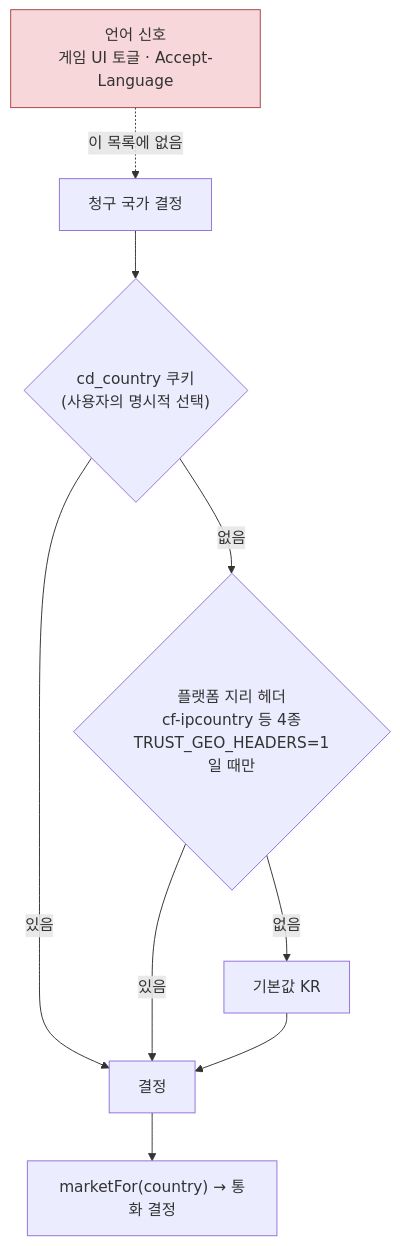
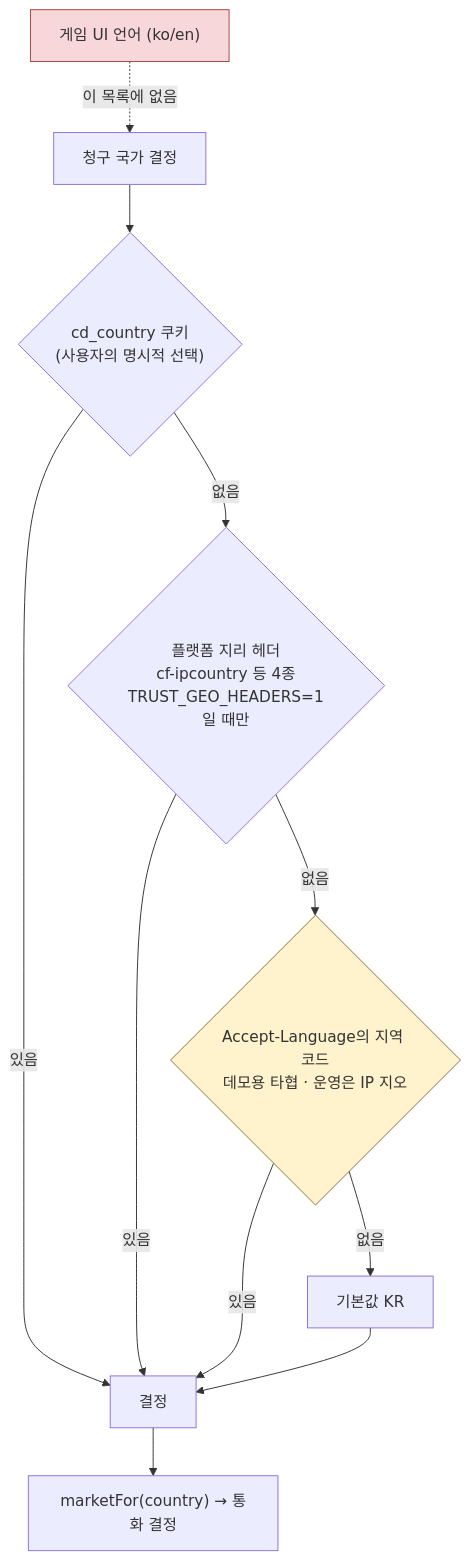
Before and after one commit to Hakhyun-Kim/neon-checkout-integration: diagram 12 of 14 in docs/15-flow-ko.md, drawn with Mermaid. The commit also changed 3 other files, not shown here.

````diff
--- a/docs/15-flow-ko.md
+++ b/docs/15-flow-ko.md
@@ -378,13 +378,16 @@
 ```mermaid
 flowchart TD
     A["청구 국가 결정"] --> B{"cd_country 쿠키<br/>(사용자의 명시적 선택)"}
     B -->|"있음"| Z["결정"]
     B -->|"없음"| C{"플랫폼 지리 헤더<br/>cf-ipcountry 등 4종<br/>TRUST_GEO_HEADERS=1일 때만"}
     C -->|"있음"| Z
-    C -->|"없음"| E["기본값 KR"]
+    C -->|"없음"| D{"Accept-Language의 지역 코드<br/>데모용 타협 · 운영은 IP 지오"}
+    D -->|"있음"| Z
+    D -->|"없음"| E["기본값 KR"]
     E --> Z
     Z --> F["marketFor(country) → 통화 결정"]
 
-    G["언어 신호<br/>게임 UI 토글 · Accept-Language"] -.->|"이 목록에 없음"| A
+    G["게임 UI 언어 (ko/en)"] -.->|"이 목록에 없음"| A
     style G fill:#f8d7da,stroke:#a94442
+    style D fill:#fff3cd,stroke:#8a6d3b
 ```
````
